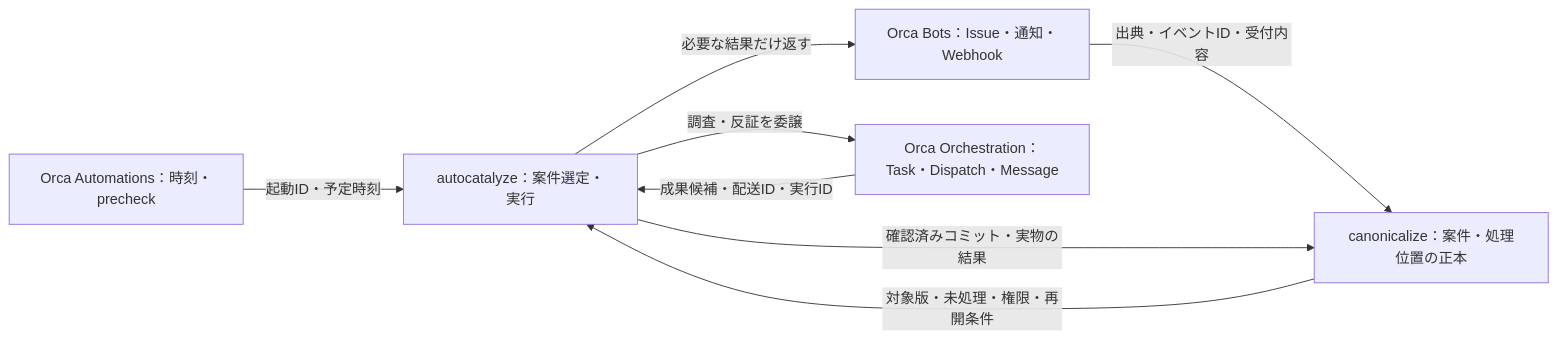
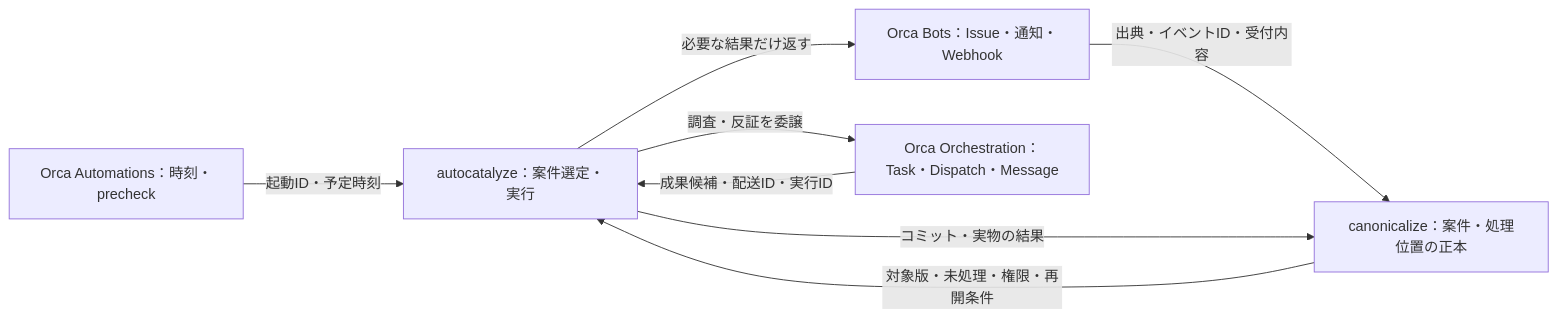
The fourth of 4 diagrams in bibles/agents-and-orca.md (KAFKA2306/kafstyler), drawn with Mermaid before and after one commit. The commit also changed other lines of this file and 7 other files, not shown here.

````diff
--- a/bibles/agents-and-orca.md
+++ b/bibles/agents-and-orca.md
@@ -260,10 +260,10 @@
 ```mermaid
 flowchart LR
     T["Orca Automations：時刻・precheck"] -->|"起動ID・予定時刻"| A["autocatalyze：案件選定・実行"]
     B["Orca Bots：Issue・通知・Webhook"] -->|"出典・イベントID・受付内容"| C["canonicalize：案件・処理位置の正本"]
     C -->|"対象版・未処理・権限・再開条件"| A
     A -->|"調査・反証を委譲"| O["Orca Orchestration：Task・Dispatch・Message"]
     O -->|"成果候補・配送ID・実行ID"| A
-    A -->|"確認済みコミット・実物の結果"| C
+    A -->|"コミット・実物の結果"| C
     A -->|"必要な結果だけ返す"| B
 ```
````
